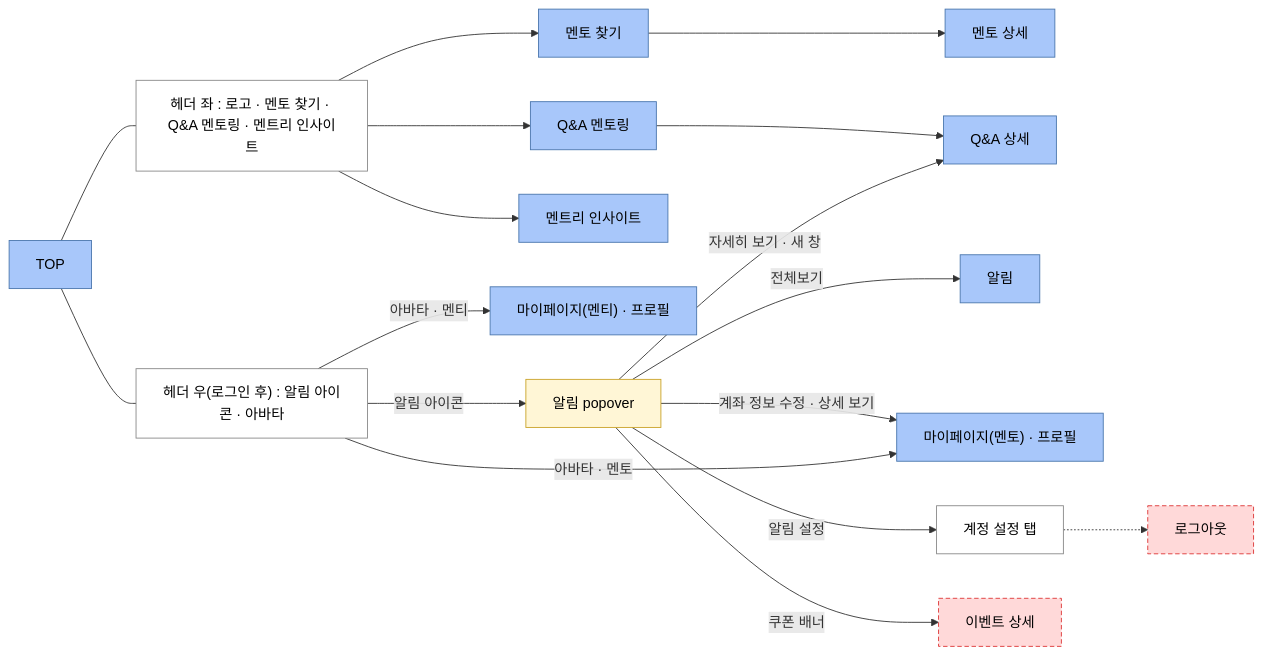
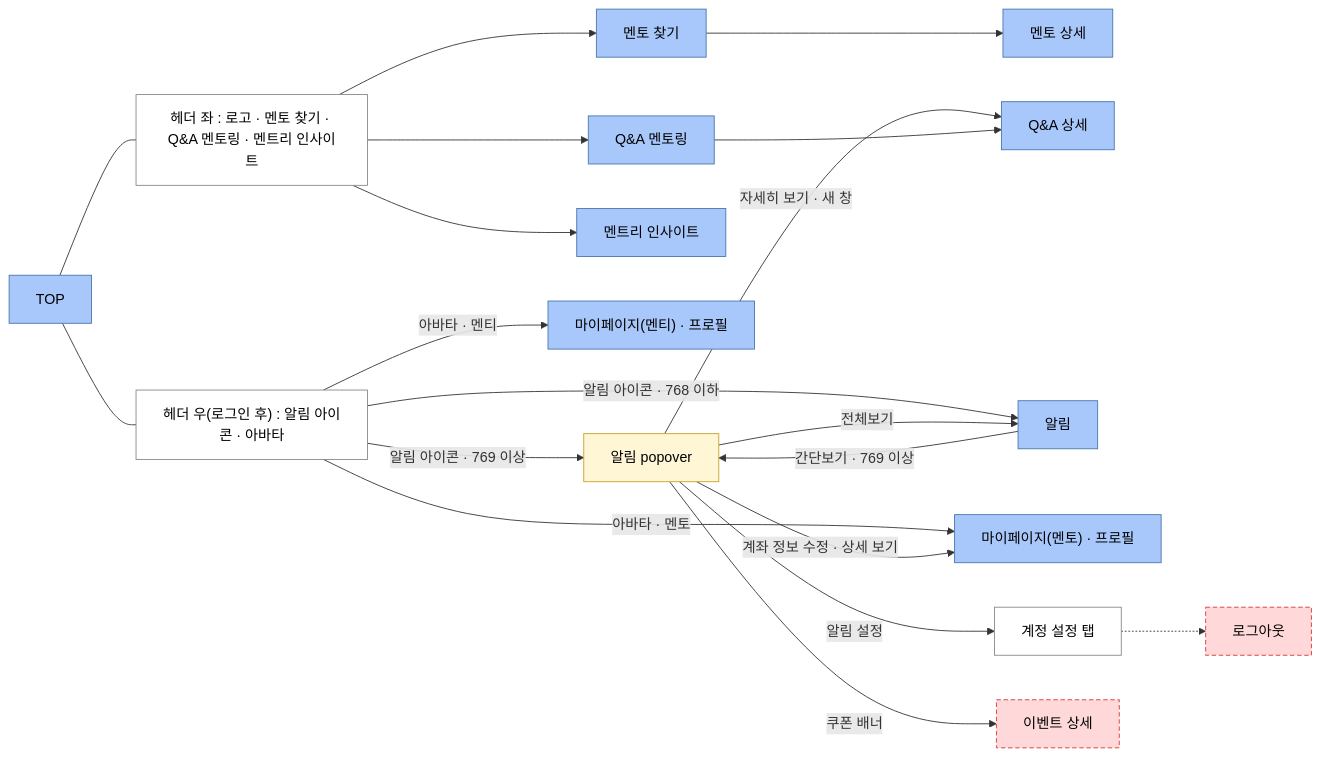
Before and after one commit to jisoo-y-mentree/mentree2-pd-fe: the first of 4 diagrams in design/docs/transition-map.md, drawn with Mermaid. The commit also changed other lines of this file and 4 other files, not shown here.

````diff
--- a/design/docs/transition-map.md
+++ b/design/docs/transition-map.md
@@ -44,44 +44,46 @@
 ```mermaid
 flowchart LR
   top["TOP"]
   find["멘토 찾기"]
   mdet["멘토 상세"]
   qa["Q&A 멘토링"]
   qad["Q&A 상세"]
   ins["멘트리 인사이트"]
   noti["알림"]
   mpe["마이페이지(멘티) · 프로필"]
   mpm["마이페이지(멘토) · 프로필"]
   hdrL["헤더 좌 : 로고 · 멘토 찾기 · Q&A 멘토링 · 멘트리 인사이트"]
   hdrR["헤더 우(로그인 후) : 알림 아이콘 · 아바타"]
   bell["알림 popover"]
   setj["계정 설정 탭"]
   logout["로그아웃"]
   ev["이벤트 상세"]
 
   top --- hdrL
   top --- hdrR
   hdrL --> find
   hdrL --> qa
   hdrL --> ins
-  hdrR -->|"알림 아이콘"| bell
+  hdrR -->|"알림 아이콘 · 769 이상"| bell
+  hdrR -->|"알림 아이콘 · 768 이하"| noti
+  noti -->|"간단보기 · 769 이상"| bell
   hdrR -->|"아바타 · 멘티"| mpe
   hdrR -->|"아바타 · 멘토"| mpm
   bell -->|"전체보기"| noti
   bell -->|"자세히 보기 · 새 창"| qad
   bell -->|"계좌 정보 수정 · 상세 보기"| mpm
   bell -->|"알림 설정"| setj
   bell -->|"쿠폰 배너"| ev
   setj -.-> logout
   find --> mdet
   qa --> qad
 
   classDef s fill:#a8c7fa,stroke:#4a76ad,color:#000
   classDef b fill:#ffffff,stroke:#888888,color:#000
   classDef m fill:#fff6d6,stroke:#c9a227,color:#000
   classDef q fill:#ffd9d9,stroke:#dd3333,stroke-dasharray:5 3,color:#000
   class top,find,mdet,qa,qad,ins,noti,mpe,mpm s
   class hdrL,hdrR,setj b
   class bell m
   class logout,ev q
 ```
````
